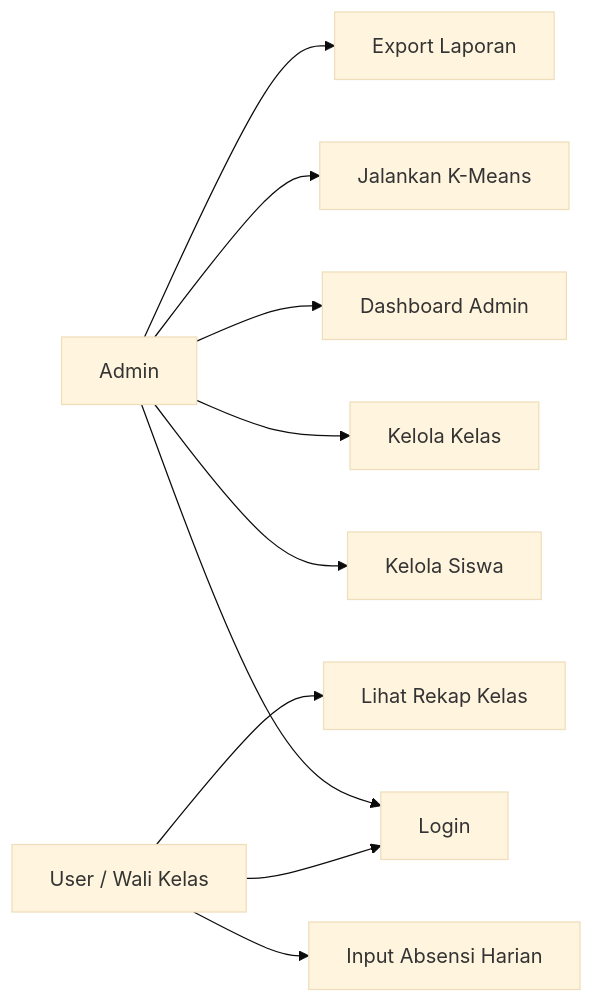
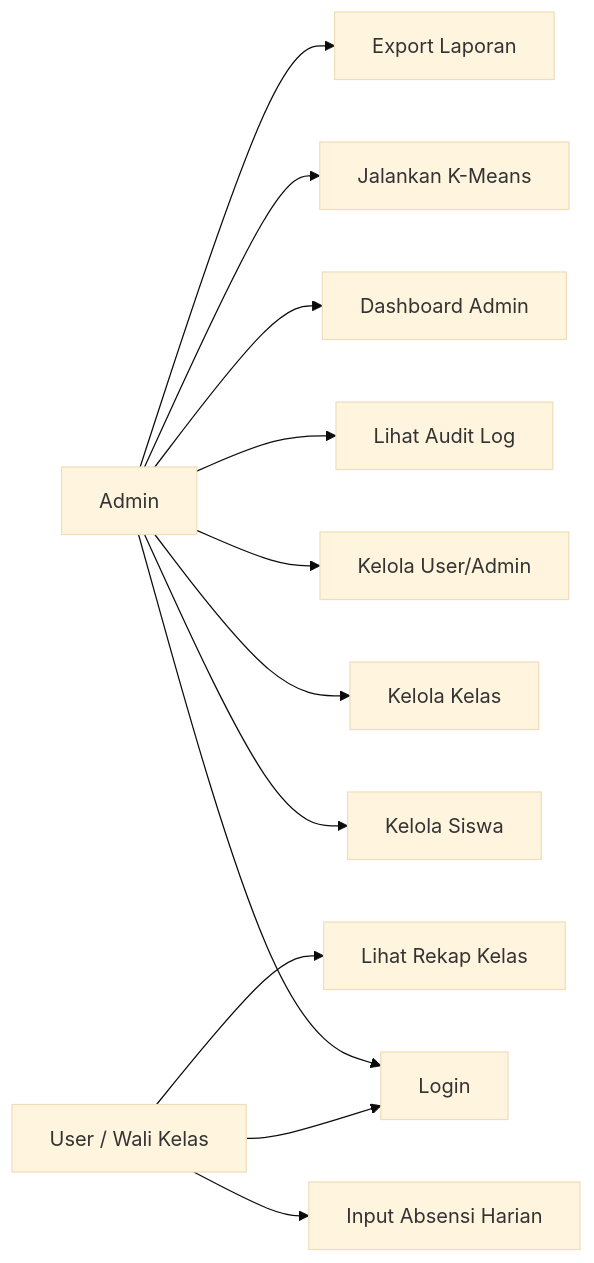
Before and after one commit to Hadevs27/absensi_yayasan: the third of 5 diagrams in README.md, drawn with Mermaid (base theme). The commit also changed other lines of this file and 76 other files, not shown here.

Commit message:
feat: implement RBAC, user management, profile system, notifications, export services, audit logs, attendance sessions, Sentry monitoring, and UI improvements

````diff
--- a/README.md
+++ b/README.md
@@ -132,14 +177,16 @@
 ```mermaid
 flowchart LR
   Admin["Admin"] --> Login["Login"]
   User["User / Wali Kelas"] --> Login
 
   Admin --> ManageStudents["Kelola Siswa"]
   Admin --> ManageClasses["Kelola Kelas"]
+  Admin --> ManageUsers["Kelola User/Admin"]
+  Admin --> ViewAudit["Lihat Audit Log"]
   Admin --> ViewDashboard["Dashboard Admin"]
   Admin --> RunAnalytics["Jalankan K-Means"]
   Admin --> ExportReports["Export Laporan"]
 
   User --> InputAttendance["Input Absensi Harian"]
   User --> ViewClassSummary["Lihat Rekap Kelas"]
 ```
````
